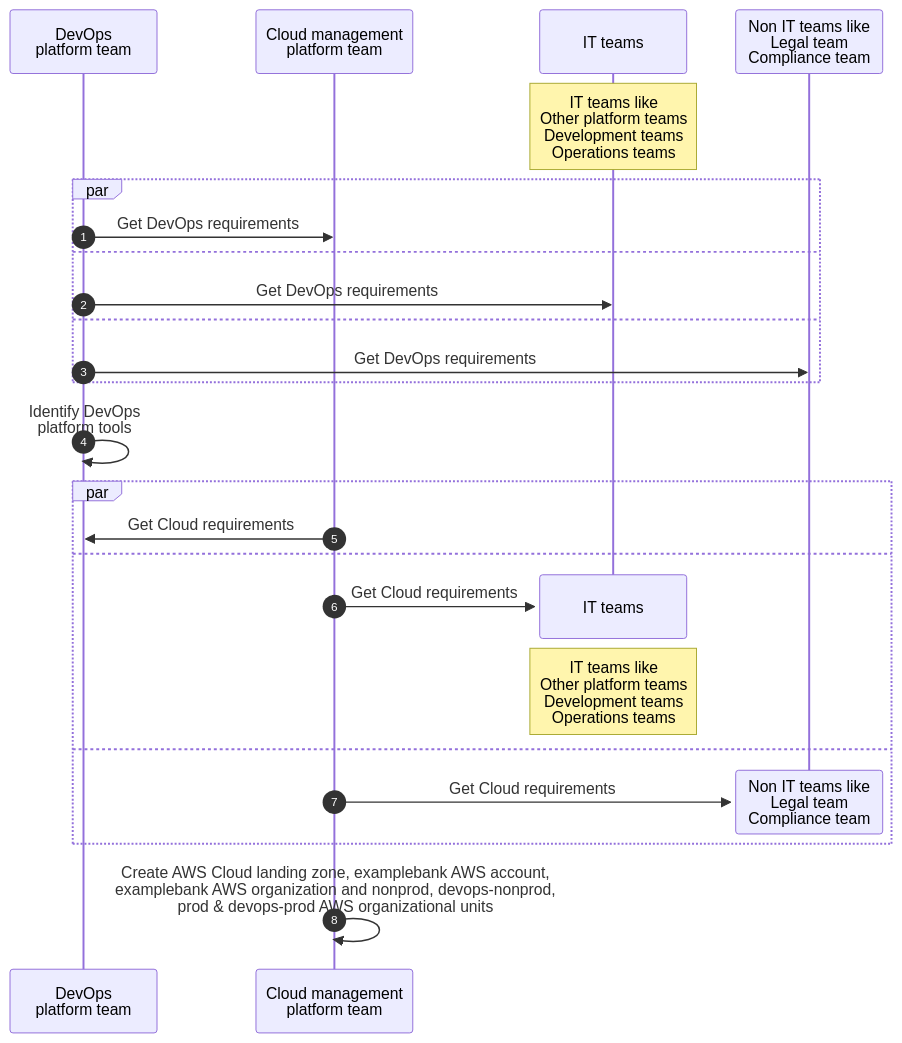
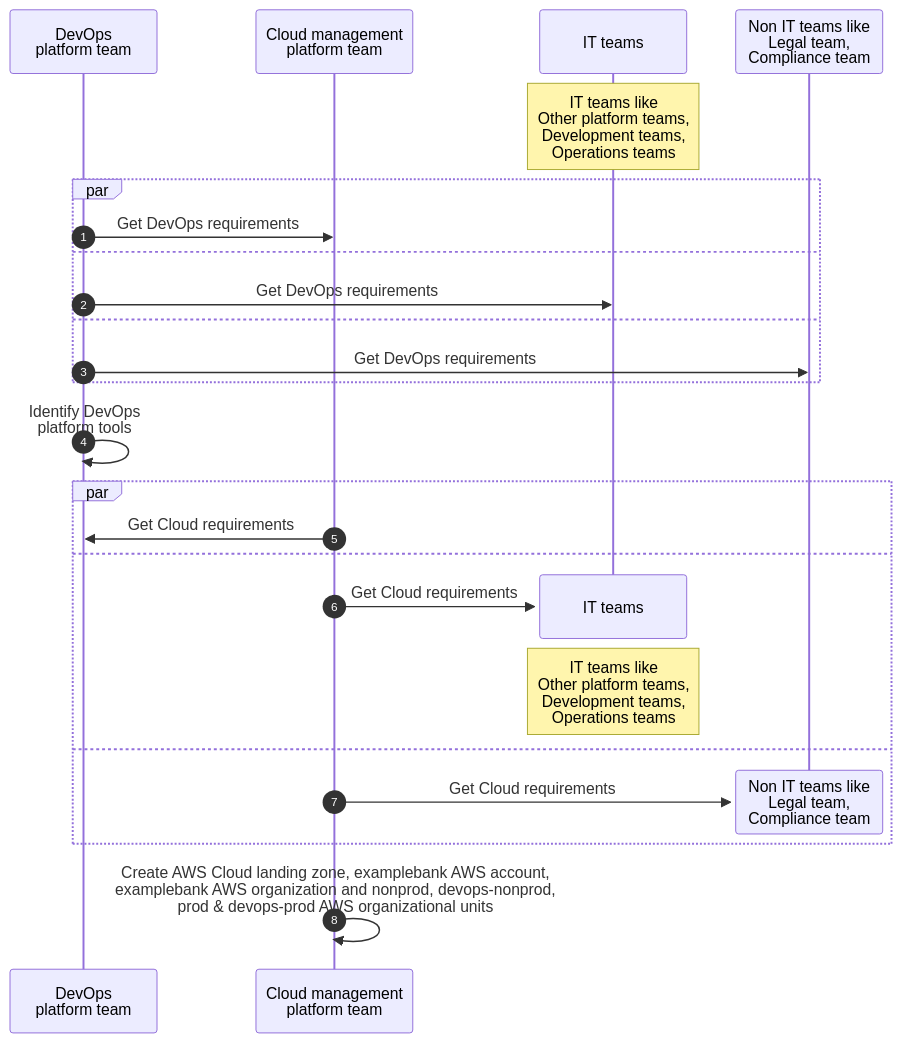
One commit to devopscodegen/architecture changed the sixth of 9 diagrams in docs/pages/docs/design.md. Above: the diagram before and after it, drawn with Mermaid.

````diff
--- a/docs/pages/docs/design.md
+++ b/docs/pages/docs/design.md
@@ -455,28 +455,28 @@
 ```mermaid
 sequenceDiagram
   autonumber
   participant devops_platform_team as DevOps<br>platform team
   participant cloud_management_platform_team as Cloud management<br>platform team
   participant it_teams as IT teams
-  participant non_it_teams as Non IT teams like<br>Legal team<br>Compliance team
-  note over it_teams : IT teams like<br>Other platform teams<br>Development teams<br>Operations teams
+  participant non_it_teams as Non IT teams like<br>Legal team,<br>Compliance team
+  note over it_teams : IT teams like<br>Other platform teams,<br>Development teams,<br>Operations teams
   par
     devops_platform_team->>cloud_management_platform_team : Get DevOps requirements
   and
     devops_platform_team->>it_teams : Get DevOps requirements
   and
     devops_platform_team->>non_it_teams : Get DevOps requirements
   end
   devops_platform_team->>devops_platform_team : Identify DevOps<br>platform tools
   par
     cloud_management_platform_team->>devops_platform_team : Get Cloud requirements
   and
     destroy it_teams
     cloud_management_platform_team->>it_teams : Get Cloud requirements
-    note over it_teams : IT teams like<br>Other platform teams<br>Development teams<br>Operations teams
+    note over it_teams : IT teams like<br>Other platform teams,<br>Development teams,<br>Operations teams
   and
     destroy non_it_teams
     cloud_management_platform_team->>non_it_teams : Get Cloud requirements
   end
   cloud_management_platform_team->>cloud_management_platform_team : Create AWS Cloud landing zone, examplebank AWS account,<br>  examplebank AWS organization and nonprod, devops-nonprod, <br>prod & devops-prod AWS organizational units
 ```
````
